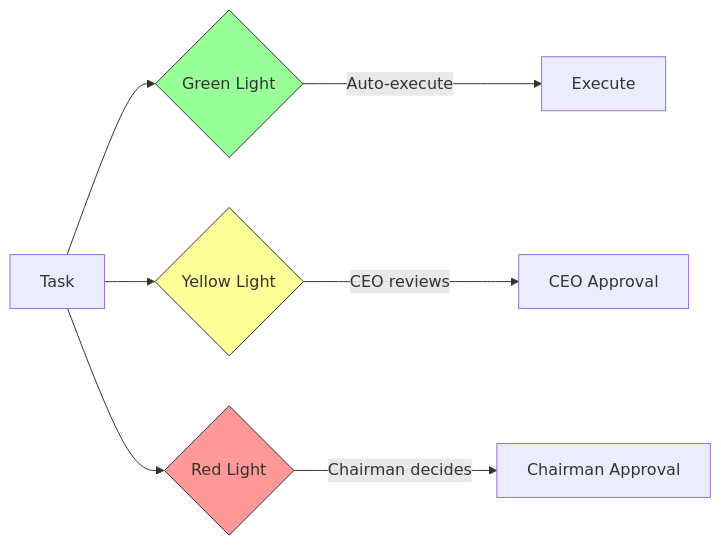
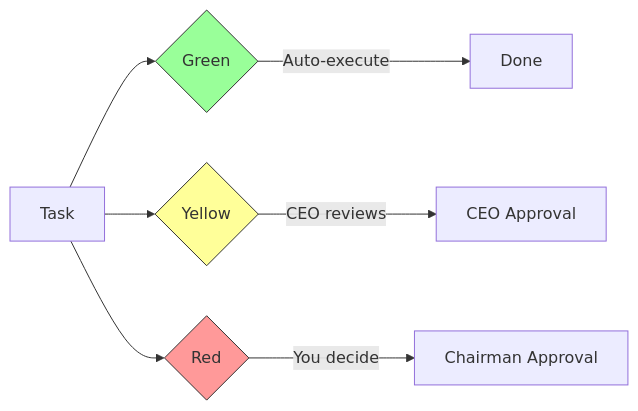
One commit to changanlee/claw-company changed the second of 3 diagrams in README.md. Above: the diagram before and after it, drawn with Mermaid. The commit also changed other lines of this file and 1 other file, not shown here.

````diff
--- a/README.md
+++ b/README.md
@@ -120,13 +93,13 @@
 ```mermaid
 graph LR
-    Task --> Green{Green Light}
-    Task --> Yellow{Yellow Light}
-    Task --> Red{Red Light}
-    Green -->|Auto-execute| Done[Execute]
-    Yellow -->|CEO reviews| CEO_Approve[CEO Approval]
-    Red -->|Chairman decides| Chairman_Approve[Chairman Approval]
+    Task --> Green{Green}
+    Task --> Yellow{Yellow}
+    Task --> Red{Red}
+    Green -->|Auto-execute| Done[Done]
+    Yellow -->|CEO reviews| Approved1[CEO Approval]
+    Red -->|You decide| Approved2[Chairman Approval]
 
     style Green fill:#9f9,stroke:#333
     style Yellow fill:#ff9,stroke:#333
     style Red fill:#f99,stroke:#333
 ```
````
